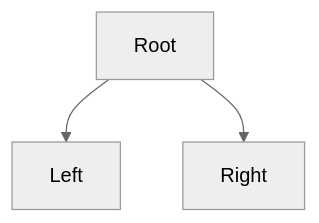
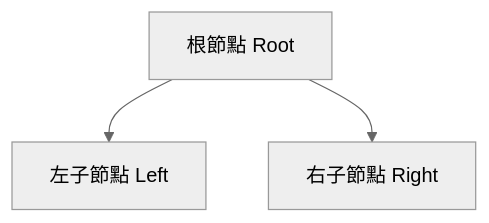
The sixth of 16 diagrams in 02_data_structures/08_stack.md (davidchen0970/algorithm_note), drawn with Mermaid (neutral theme) before and after one commit. The commit also changed other lines of this file and 2 other files, not shown here.

````diff
--- a/02_data_structures/08_stack.md
+++ b/02_data_structures/08_stack.md
@@ -530,5 +555,5 @@
 ```mermaid
 flowchart TB
-    R[Root] --> L[Left]
-    R --> X[Right]
+    R["根節點 Root"] --> L["左子節點 Left"]
+    R --> X["右子節點 Right"]
 ```
````
